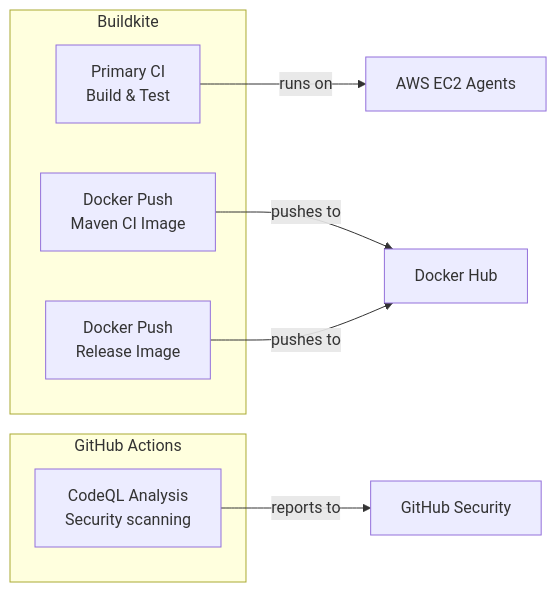
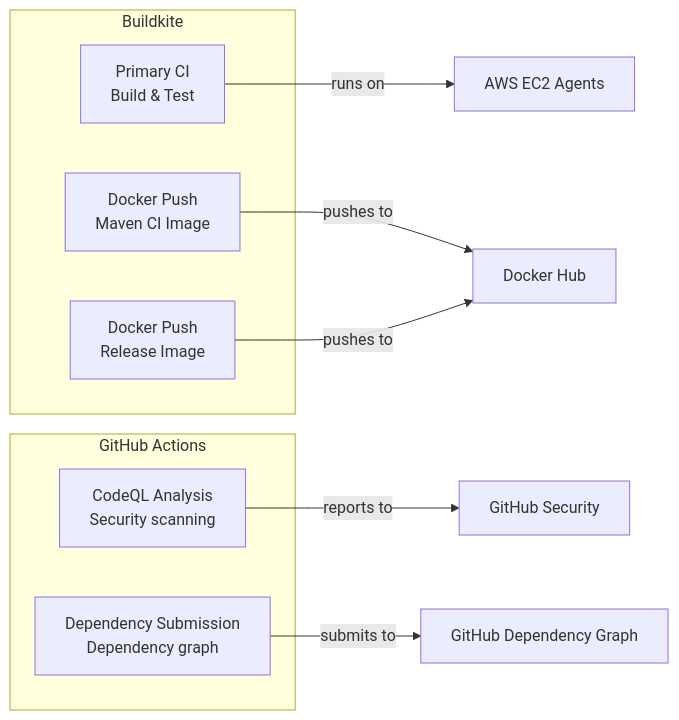
One commit to mock-server/mockserver changed the first of 6 diagrams in docs/infrastructure/ci-cd.md. Above: the diagram before and after it, drawn with Mermaid. The commit also changed other lines of this file and 1 other file, not shown here.

First line of the commit message:
ci: add Maven dependency submission workflow with retry logic

````diff
--- a/docs/infrastructure/ci-cd.md
+++ b/docs/infrastructure/ci-cd.md
@@ -7,21 +7,24 @@
 ```mermaid
 graph LR
     subgraph "Buildkite"
         BK["Primary CI
 Build & Test"]
         BK_MAVEN["Docker Push
 Maven CI Image"]
         BK_RELEASE["Docker Push
 Release Image"]
     end
 
     subgraph "GitHub Actions"
-        GA["CodeQL Analysis
+        GA_CODEQL["CodeQL Analysis
 Security scanning"]
+        GA_DEPS["Dependency Submission
+Dependency graph"]
     end
 
     BK -->|runs on| EC2[AWS EC2 Agents]
     BK_MAVEN -->|pushes to| DH[Docker Hub]
     BK_RELEASE -->|pushes to| DH
-    GA -->|reports to| GH[GitHub Security]
+    GA_CODEQL -->|reports to| GH_SEC[GitHub Security]
+    GA_DEPS -->|submits to| GH_DEP[GitHub Dependency Graph]
 ```
````
